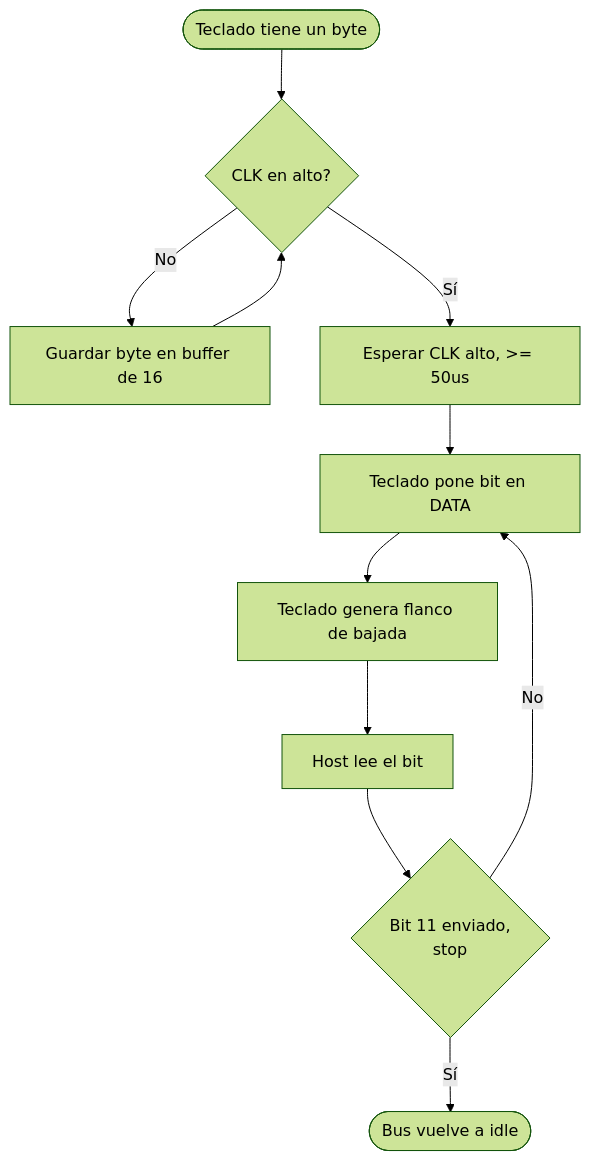
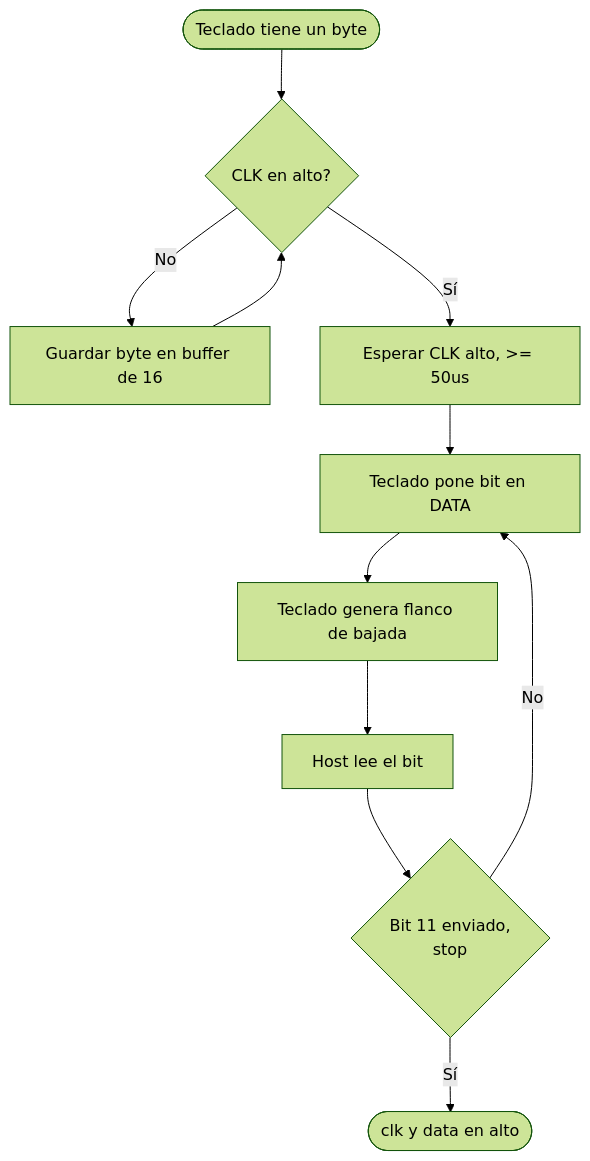
One commit to KUBIX2026/PS2_keyboard changed the first of 2 diagrams in PS2_Keyboard/diagramas/Diagramas.md. Above: the diagram before and after it, drawn with Mermaid (forest theme).

Commit message:
Update diagram to reflect clock and data high state

````diff
--- a/PS2_Keyboard/diagramas/Diagramas.md
+++ b/PS2_Keyboard/diagramas/Diagramas.md
@@ -3,13 +3,13 @@
 ```mermaid
 flowchart
     A([Teclado tiene un byte]) --> B{CLK en alto?}
     B -- No --> C[Guardar byte en buffer de 16]
     C --> B
     B -- Sí --> D[Esperar CLK alto, >= 50us]
     D --> E[Teclado pone bit en DATA]
     E --> F[Teclado genera flanco de bajada]
     F --> G[Host lee el bit]
     G --> H{Bit 11 enviado,<br/>stop}
     H -- No --> E
-    H -- Sí --> I([Bus vuelve a idle])
+    H -- Sí --> I([clk y data en alto])
 ```
````
